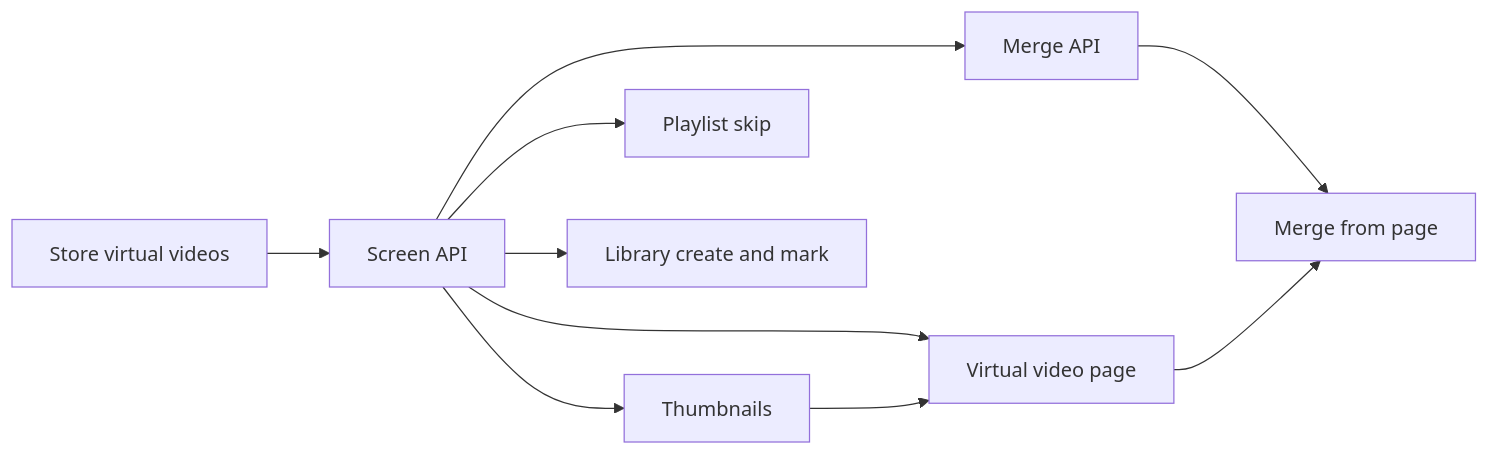
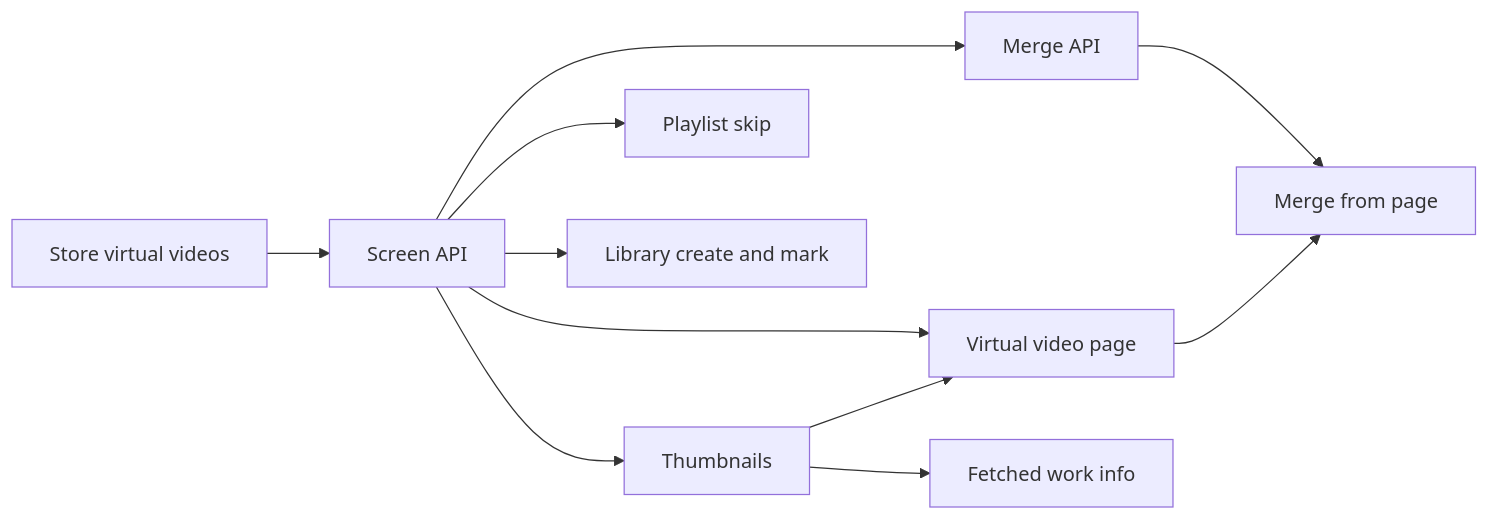
One commit to syudead/vv changed the diagram in specs/062-virtual-videos/plan.md. Above: the diagram before and after it, drawn with Mermaid. The commit also changed other lines of this file and 1 other file, not shown here.

First line of the commit message:
Plan: apply fetched work information to virtual videos

````diff
--- a/specs/062-virtual-videos/plan.md
+++ b/specs/062-virtual-videos/plan.md
@@ -95,12 +96,13 @@
 ```mermaid
 flowchart LR
   store[Store virtual videos] --> api[Screen API]
   api --> thumb[Thumbnails]
   api --> playlist[Playlist skip]
   api --> merge[Merge API]
   api --> lib[Library create and mark]
   api --> page[Virtual video page]
   thumb --> page
+  thumb --> fetch[Fetched work info]
   merge --> mergeui[Merge from page]
   page --> mergeui
 ```
````
